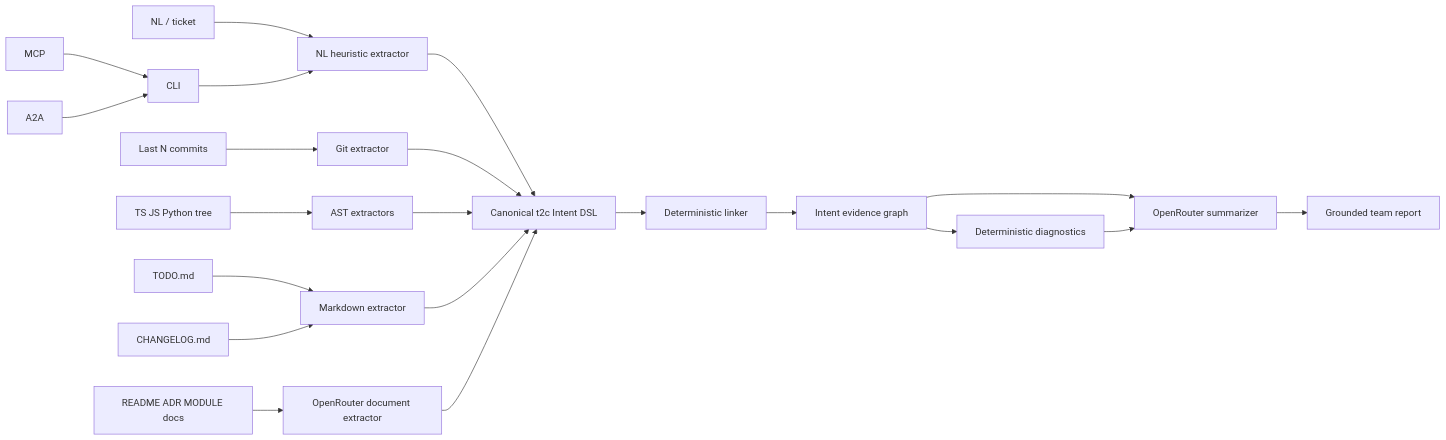
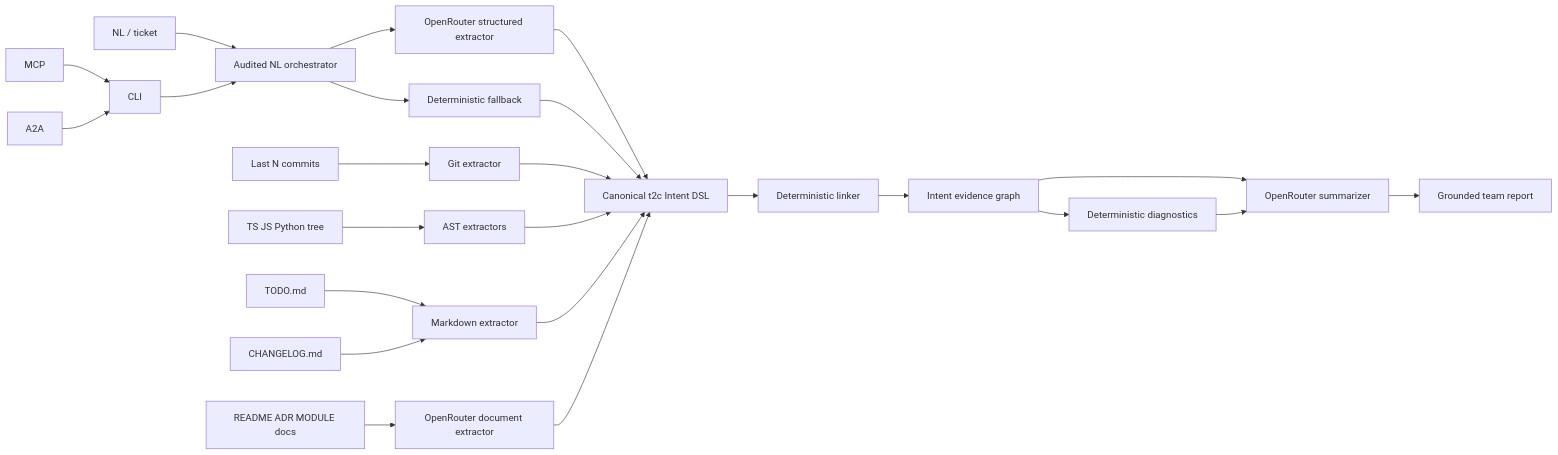
The diagram in docs/ARCHITECTURE.md (autogrammar/todo2code), drawn with Mermaid before and after one commit. The commit also changed other lines of this file and 53 other files, not shown here.

````diff
--- a/docs/ARCHITECTURE.md
+++ b/docs/ARCHITECTURE.md
@@ -5,26 +5,29 @@
 ```mermaid
 flowchart LR
-    NL[NL / ticket] --> NLE[NL heuristic extractor]
+    NL[NL / ticket] --> NLO[Audited NL orchestrator]
+    NLO --> NLLM[OpenRouter structured extractor]
+    NLO --> NLE[Deterministic fallback]
     GIT[Last N commits] --> GE[Git extractor]
     CODE[TS JS Python tree] --> AE[AST extractors]
     TODO[TODO.md] --> ME[Markdown extractor]
     CHG[CHANGELOG.md] --> ME
     DOCS[README ADR MODULE docs] --> ORE[OpenRouter document extractor]
 
-    NLE --> DSL[Canonical t2c Intent DSL]
+    NLLM --> DSL[Canonical t2c Intent DSL]
+    NLE --> DSL
     GE --> DSL
     AE --> DSL
     ME --> DSL
     ORE --> DSL
 
     DSL --> LINK[Deterministic linker]
     LINK --> GRAPH[Intent evidence graph]
     GRAPH --> DIAG[Deterministic diagnostics]
     GRAPH --> SUM[OpenRouter summarizer]
     DIAG --> SUM
     SUM --> REPORT[Grounded team report]
 
-    CLI --> NLE
+    CLI --> NLO
     MCP --> CLI
     A2A --> CLI
 ```
````
